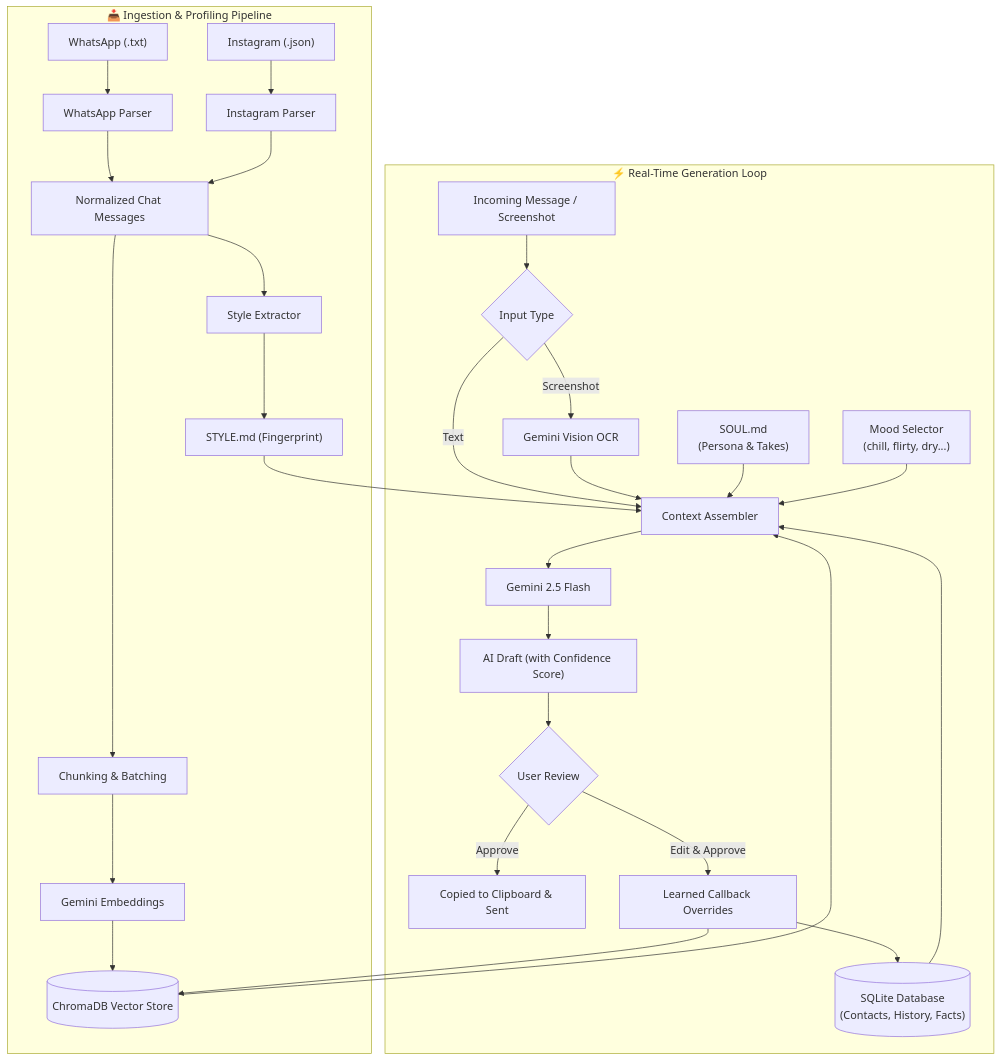
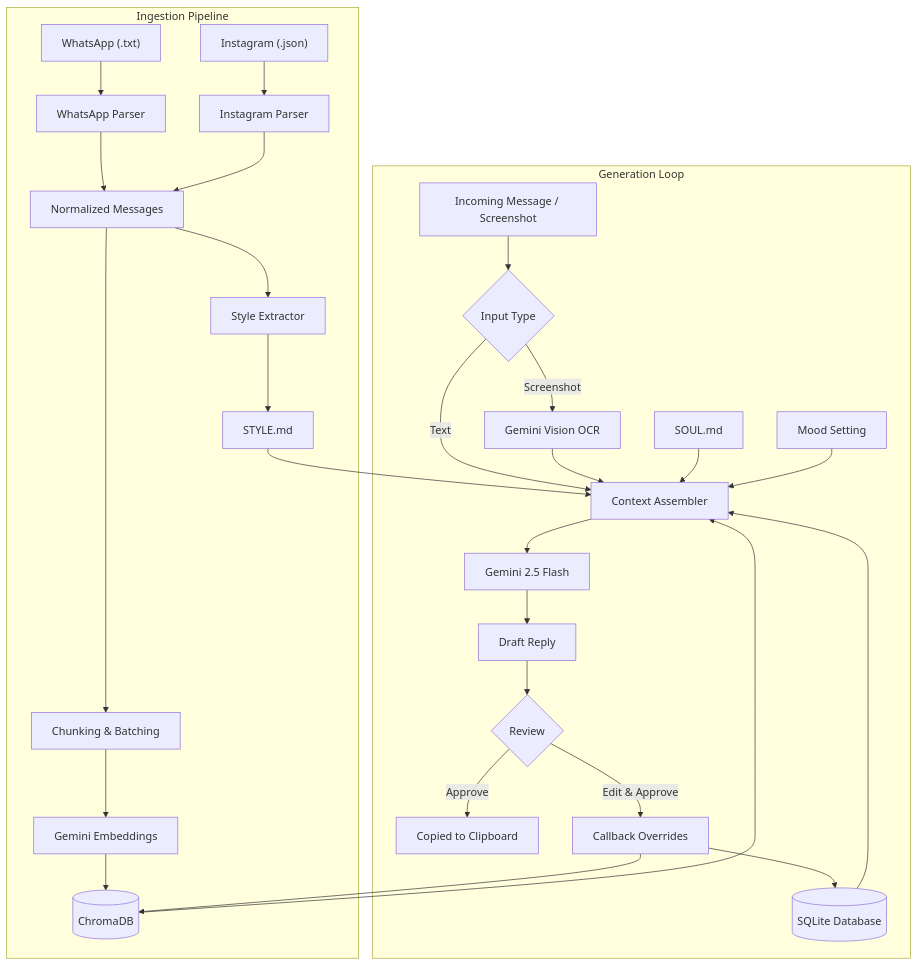
The diagram in README.md (tezz-e/talking), drawn with Mermaid before and after one commit. The commit also changed other lines of this file, not shown here.

````diff
--- a/README.md
+++ b/README.md
@@ -118,33 +101,33 @@
 ```mermaid
 flowchart TD
-    subgraph INGESTION ["📥 Ingestion & Profiling Pipeline"]
+    subgraph Ingestion ["Ingestion Pipeline"]
         A1["WhatsApp (.txt)"] --> B1["WhatsApp Parser"]
         A2["Instagram (.json)"] --> B2["Instagram Parser"]
-        B1 --> C["Normalized Chat Messages"]
+        B1 --> C["Normalized Messages"]
         B2 --> C
         C --> D["Style Extractor"]
-        D --> E["STYLE.md (Fingerprint)"]
+        D --> E["STYLE.md"]
         C --> F["Chunking & Batching"]
         F --> G["Gemini Embeddings"]
-        G --> H[("ChromaDB Vector Store")]
+        G --> H[("ChromaDB")]
     end
 
-    subgraph GENERATION ["⚡ Real-Time Generation Loop"]
+    subgraph Generation ["Generation Loop"]
         I["Incoming Message / Screenshot"] --> J{"Input Type"}
         J -->|Screenshot| K["Gemini Vision OCR"]
         J -->|Text| L["Context Assembler"]
         K --> L
-        M[("SQLite Database\n(Contacts, History, Facts)")] --> L
+        M[("SQLite Database")] --> L
         H --> L
-        N["SOUL.md\n(Persona & Takes)"] --> L
+        N["SOUL.md"] --> L
         E --> L
-        O["Mood Selector\n(chill, flirty, dry...)"] --> L
+        O["Mood Setting"] --> L
         L --> P["Gemini 2.5 Flash"]
-        P --> Q["AI Draft (with Confidence Score)"]
-        Q --> R{"User Review"}
-        R -->|Approve| S["Copied to Clipboard & Sent"]
-        R -->|Edit & Approve| T["Learned Callback Overrides"]
+        P --> Q["Draft Reply"]
+        Q --> R{"Review"}
+        R -->|Approve| S["Copied to Clipboard"]
+        R -->|Edit & Approve| T["Callback Overrides"]
         T --> M
         T --> H
     end
 ```
````
